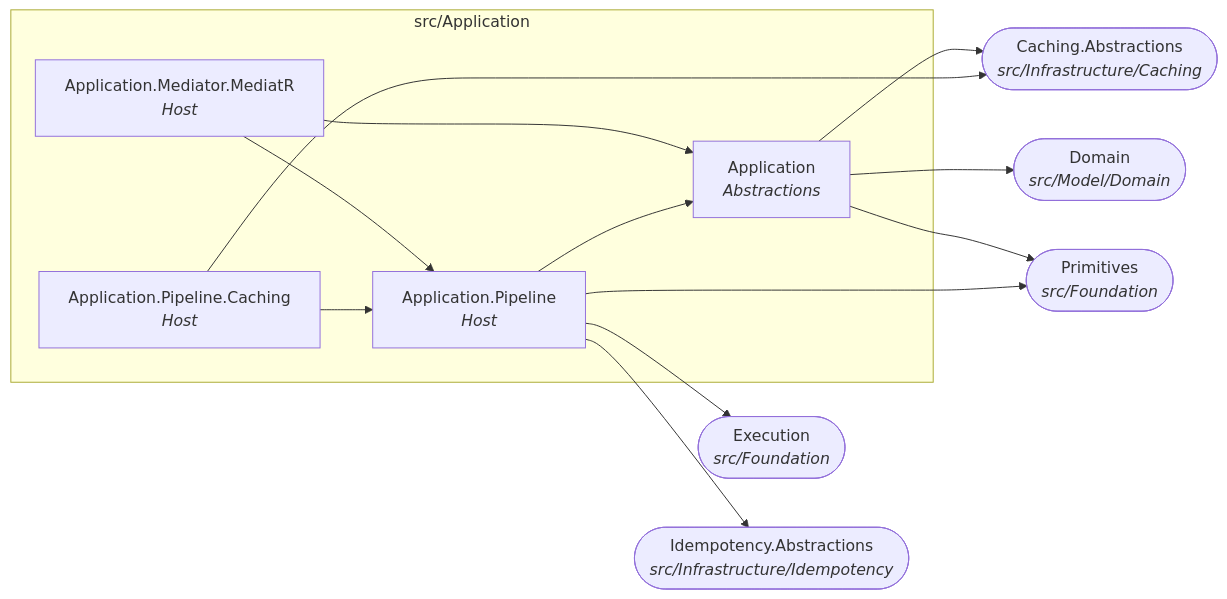
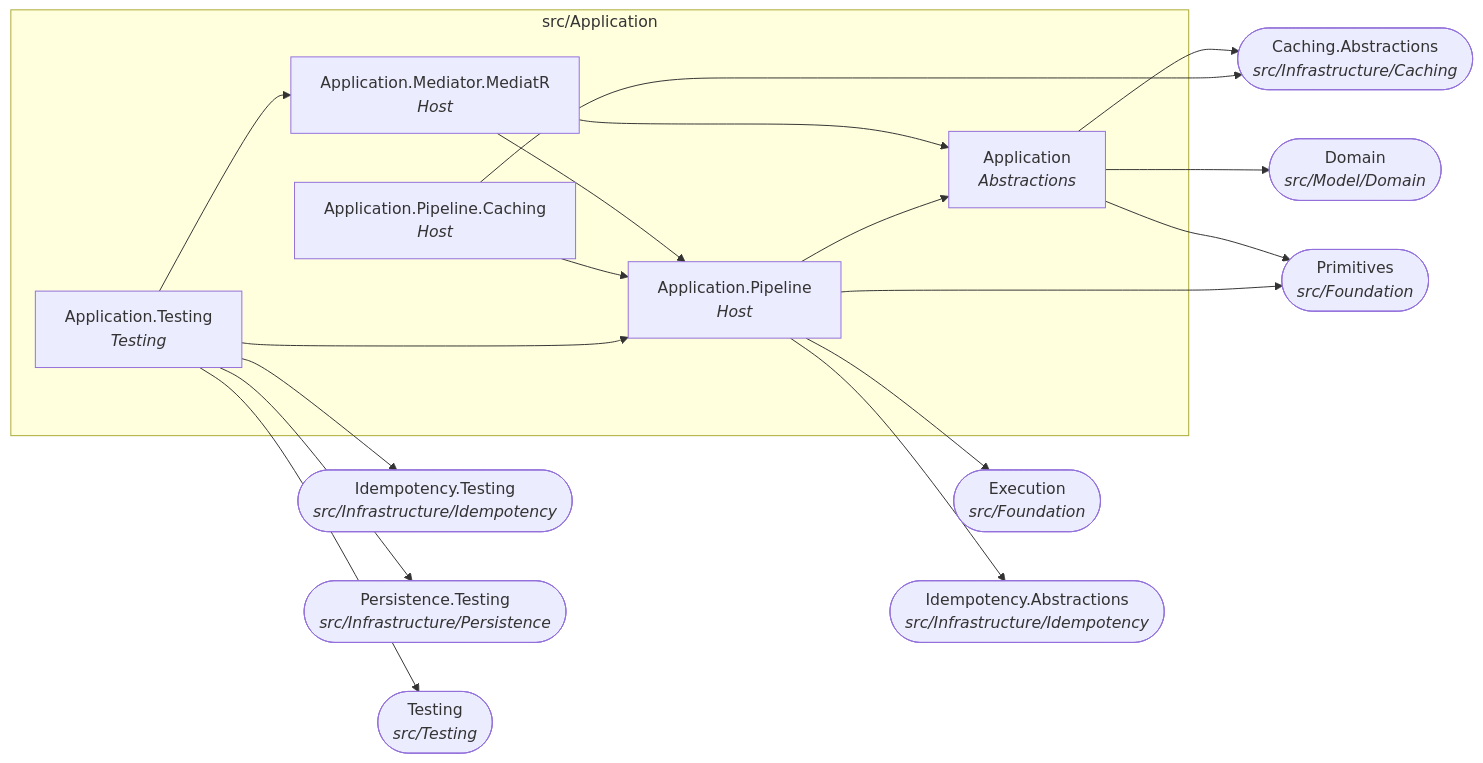
The second of 22 diagrams in docs/dependency-graph.md (Gresta-Vertex-Labs/platform-shared-kernel), drawn with Mermaid before and after one commit. The commit also changed other lines of this file and 508 other files, not shown here.

````diff
--- a/docs/dependency-graph.md
+++ b/docs/dependency-graph.md
@@ -100,25 +89,34 @@
 ```mermaid
 flowchart LR
   subgraph folder_src_Application["src/Application"]
     SharedKernel_Application["Application<br/><i>Abstractions</i>"]
     SharedKernel_Application_Mediator_MediatR["Application.Mediator.MediatR<br/><i>Host</i>"]
     SharedKernel_Application_Pipeline["Application.Pipeline<br/><i>Host</i>"]
     SharedKernel_Application_Pipeline_Caching["Application.Pipeline.Caching<br/><i>Host</i>"]
+    SharedKernel_Application_Testing["Application.Testing<br/><i>Testing</i>"]
   end
   SharedKernel_Caching_Abstractions(["Caching.Abstractions<br/><i>src/Infrastructure/Caching</i>"])
   SharedKernel_Domain(["Domain<br/><i>src/Model/Domain</i>"])
   SharedKernel_Execution(["Execution<br/><i>src/Foundation</i>"])
   SharedKernel_Idempotency_Abstractions(["Idempotency.Abstractions<br/><i>src/Infrastructure/Idempotency</i>"])
+  SharedKernel_Idempotency_Testing(["Idempotency.Testing<br/><i>src/Infrastructure/Idempotency</i>"])
+  SharedKernel_Persistence_Testing(["Persistence.Testing<br/><i>src/Infrastructure/Persistence</i>"])
   SharedKernel_Primitives(["Primitives<br/><i>src/Foundation</i>"])
+  SharedKernel_Testing(["Testing<br/><i>src/Testing</i>"])
   SharedKernel_Application --> SharedKernel_Caching_Abstractions
   SharedKernel_Application --> SharedKernel_Domain
   SharedKernel_Application --> SharedKernel_Primitives
   SharedKernel_Application_Mediator_MediatR --> SharedKernel_Application
   SharedKernel_Application_Mediator_MediatR --> SharedKernel_Application_Pipeline
   SharedKernel_Application_Pipeline --> SharedKernel_Application
   SharedKernel_Application_Pipeline --> SharedKernel_Execution
   SharedKernel_Application_Pipeline --> SharedKernel_Idempotency_Abstractions
   SharedKernel_Application_Pipeline --> SharedKernel_Primitives
   SharedKernel_Application_Pipeline_Caching --> SharedKernel_Application_Pipeline
   SharedKernel_Application_Pipeline_Caching --> SharedKernel_Caching_Abstractions
+  SharedKernel_Application_Testing --> SharedKernel_Application_Mediator_MediatR
+  SharedKernel_Application_Testing --> SharedKernel_Application_Pipeline
+  SharedKernel_Application_Testing --> SharedKernel_Idempotency_Testing
+  SharedKernel_Application_Testing --> SharedKernel_Persistence_Testing
+  SharedKernel_Application_Testing --> SharedKernel_Testing
 ```
````
